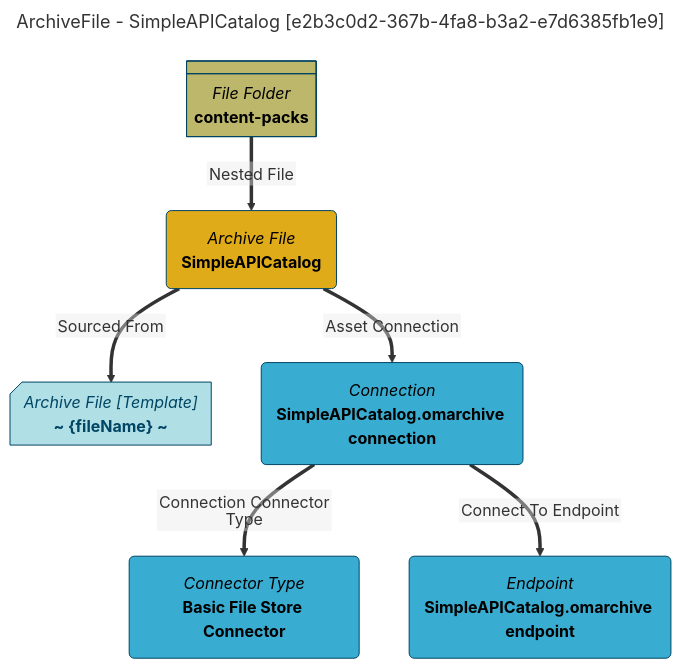
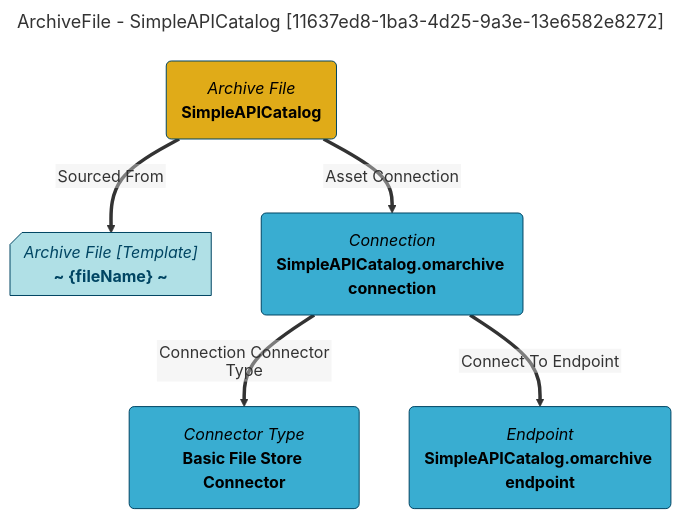
One commit to odpi/egeria-docs changed the diagram in site/snippets/data-assets/simpleapicatalog-mermaid-graph.md. Above: the diagram before and after it, drawn with Mermaid. The commit also changed 2201 other files, not shown here.

````diff
--- a/site/snippets/data-assets/simpleapicatalog-mermaid-graph.md
+++ b/site/snippets/data-assets/simpleapicatalog-mermaid-graph.md
@@ -1,31 +1,27 @@
 ```mermaid
 ---
-title: ArchiveFile - SimpleAPICatalog [e2b3c0d2-367b-4fa8-b3a2-e7d6385fb1e9]
+title: ArchiveFile - SimpleAPICatalog [11637ed8-1ba3-4d25-9a3e-13e6582e8272]
 ---
 flowchart TD
 %%{init: {"flowchart": {"htmlLabels": false}} }%%
 
 1@{ shape: rounded, label: "*Archive File*
 **SimpleAPICatalog**"}
 2@{ shape: card, label: "*Archive File [Template]*
 **~ {fileName} ~**"}
 1==>|"Sourced From"|2
 3@{ shape: rounded, label: "*Connection*
 **SimpleAPICatalog.omarchive connection**"}
 1==>|"Asset Connection"|3
 4@{ shape: rounded, label: "*Connector Type*
 **Basic File Store Connector**"}
 3==>|"Connection Connector Type"|4
 5@{ shape: rounded, label: "*Endpoint*
 **SimpleAPICatalog.omarchive endpoint**"}
 3==>|"Connect To Endpoint"|5
-6@{ shape: div-rect, label: "*File Folder*
-**content-packs**"}
-6==>|"Nested File"|1
 style 1 color:#000000, fill:#e0ab18, stroke:#004563
 style 2 color:#004563, fill:#b0e0e6, stroke:#004563
 style 3 color:#000000, fill:#39add1, stroke:#004563
 style 4 color:#000000, fill:#39add1, stroke:#004563
 style 5 color:#000000, fill:#39add1, stroke:#004563
-style 6 color:#000000, fill:#bdb76b, stroke:#004563
 ```
````
